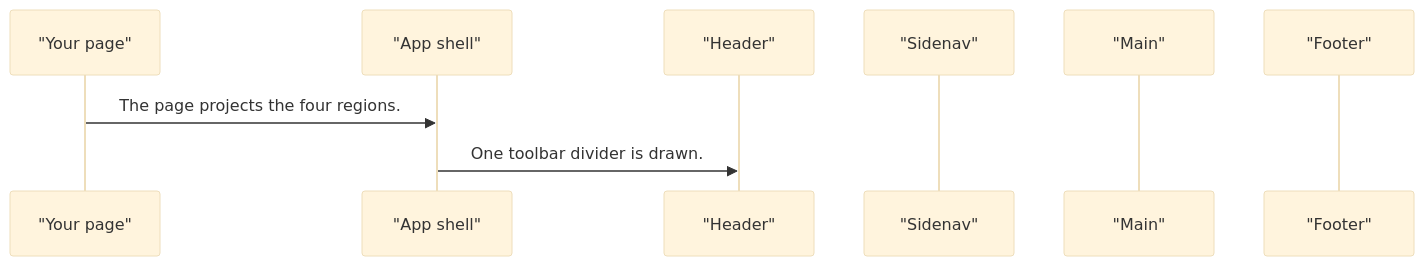
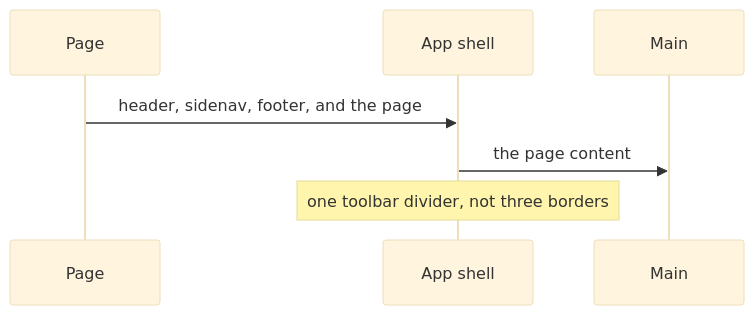
The second of 3 diagrams in projects/pixel-ui/src/lib/pixel-app-shell/DESIGN.md (RajshekharBorate/pixel-ui), drawn with Mermaid (base theme) before and after one commit. The commit also changed other lines of this file and 73 other files, not shown here.

Commit message:
Explain who owns each value and what each flow does in every component and service design.

````diff
--- a/projects/pixel-ui/src/lib/pixel-app-shell/DESIGN.md
+++ b/projects/pixel-ui/src/lib/pixel-app-shell/DESIGN.md
@@ -49,11 +66,9 @@
 ```mermaid
 sequenceDiagram
-  participant page as "Your page"
-  participant shell as "App shell"
-  participant header as "Header"
-  participant nav as "Sidenav"
-  participant main as "Main"
-  participant footer as "Footer"
-  page->>shell: The page projects the four regions.
-  shell->>header: One toolbar divider is drawn.
+  participant Page
+  participant Shell as App shell
+  participant Main as Main
+  Page->>Shell: header, sidenav, footer, and the page
+  Shell->>Main: the page content
+  Note over Shell: one toolbar divider, not three borders
 ```
````
